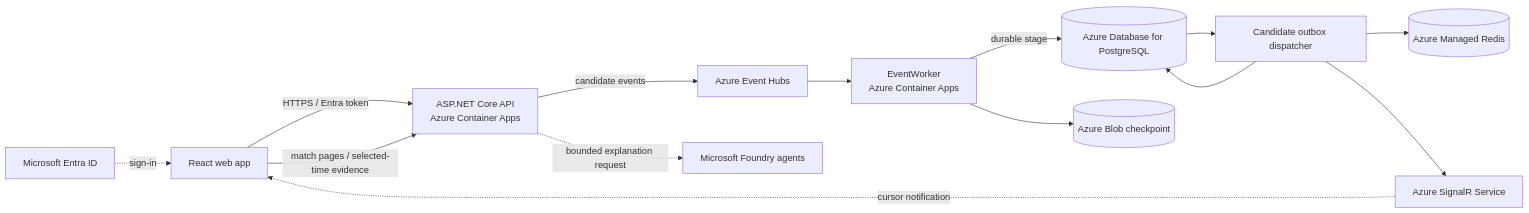
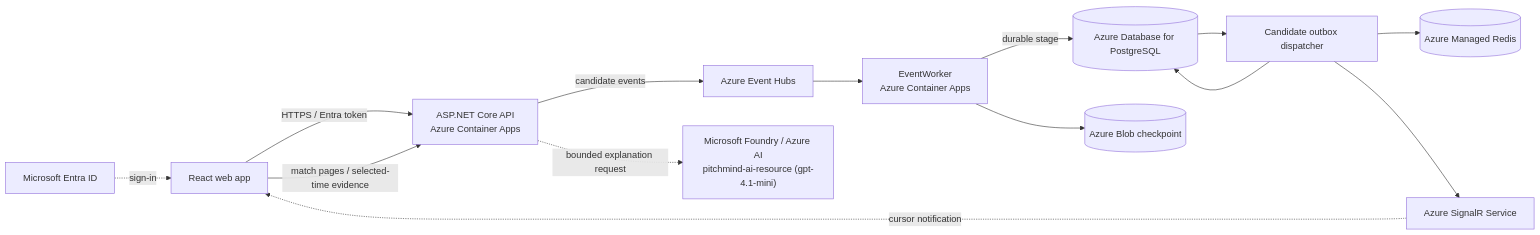
Before and after one commit to prateekgangopadhyay/PitchMind: the diagram in README.md, drawn with Mermaid. The commit also changed other lines of this file and 28 other files, not shown here.

````diff
--- a/README.md
+++ b/README.md
@@ -18,16 +20,16 @@
 ```mermaid
 flowchart LR
   Browser[React web app] -->|HTTPS / Entra token| API["ASP.NET Core API<br/>Azure Container Apps"]
   Entra[Microsoft Entra ID] -. sign-in .-> Browser
   API -->|candidate events| EH[Azure Event Hubs]
   EH --> Worker["EventWorker<br/>Azure Container Apps"]
   Worker -->|durable stage| PG[(Azure Database for PostgreSQL)]
   Worker --> Blob[(Azure Blob checkpoint)]
   PG --> Dispatcher[Candidate outbox dispatcher]
   Dispatcher --> PG
   Dispatcher --> Redis[(Azure Managed Redis)]
   Dispatcher --> SignalR[Azure SignalR Service]
   SignalR -. cursor notification .-> Browser
   Browser -->|match pages / selected-time evidence| API
-  API -. bounded explanation request .-> Foundry[Microsoft Foundry agents]
+  API -. bounded explanation request .-> Foundry["Microsoft Foundry / Azure AI<br/>pitchmind-ai-resource (gpt-4.1-mini)"]
 ```
````
